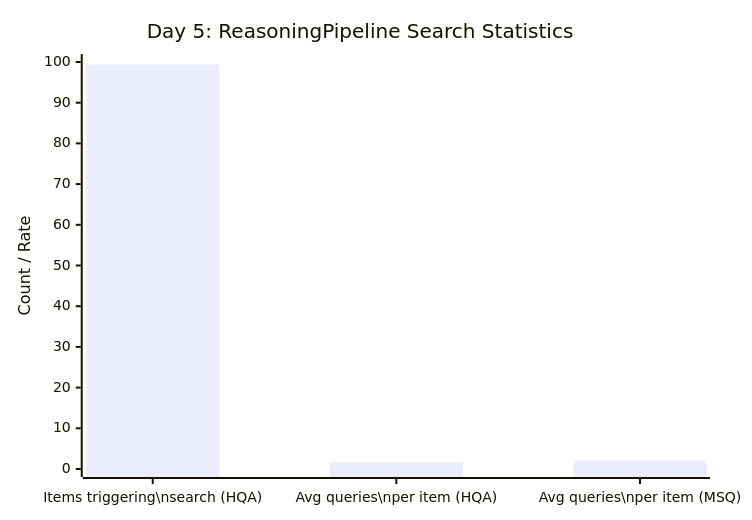
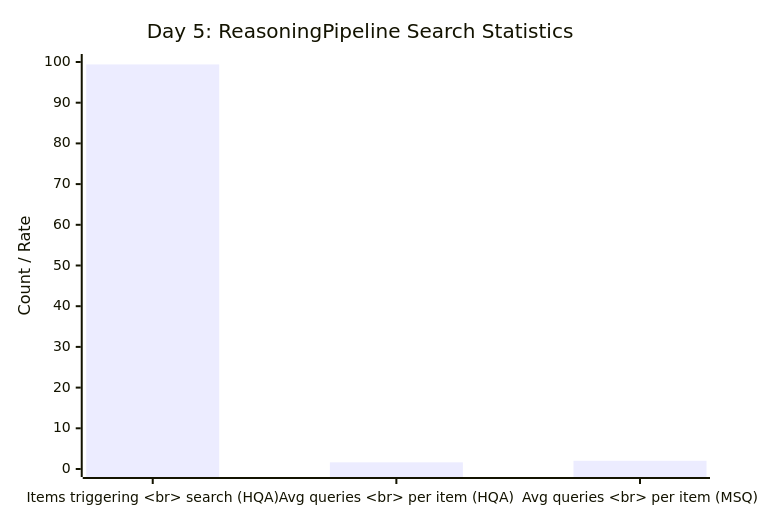
One commit to pradyutnair/msc-thesis changed diagram 20 of 32 in plans/feb5-key-findings.md. Above: the diagram before and after it, drawn with Mermaid. The commit also changed other lines of this file, not shown here.

Commit message:
Update Day 1-5 flowcharts in feb5-key-findings.md to improve readability by replacing newline characters with HTML line breaks. This change enhances the visual presentation of the flowcharts and maintains consistency across the document.

````diff
--- a/plans/feb5-key-findings.md
+++ b/plans/feb5-key-findings.md
@@ -260,7 +260,7 @@
 ```mermaid
 xychart-beta
     title "Day 5: ReasoningPipeline Search Statistics"
-    x-axis ["Items triggering\nsearch (HQA)", "Avg queries\nper item (HQA)", "Avg queries\nper item (MSQ)"]
+    x-axis ["Items triggering <br> search (HQA)", "Avg queries <br> per item (HQA)", "Avg queries <br> per item (MSQ)"]
     y-axis "Count / Rate" 0 --> 100
     bar [99.4, 1.64, 2.02]
 ```
````
